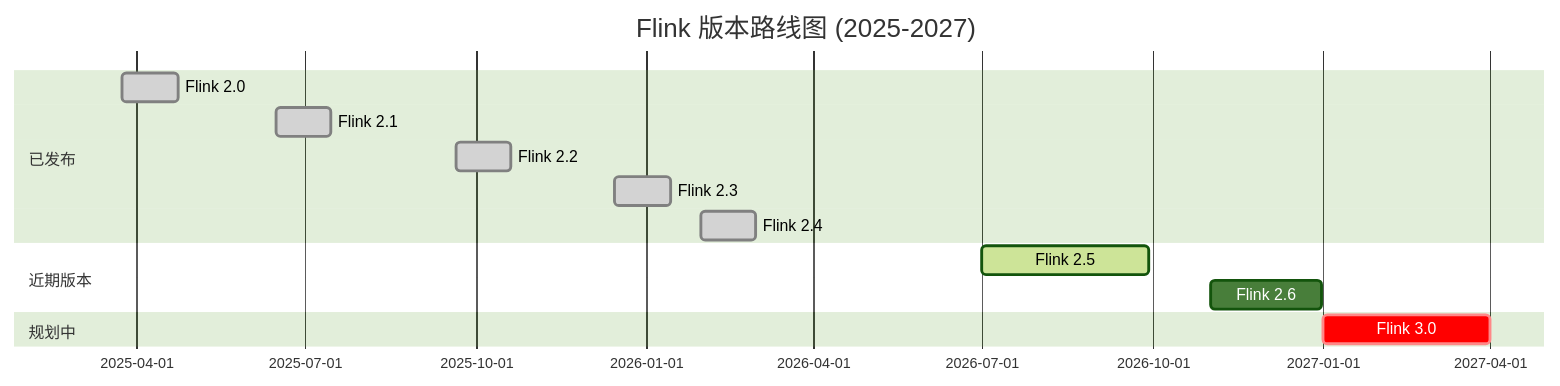
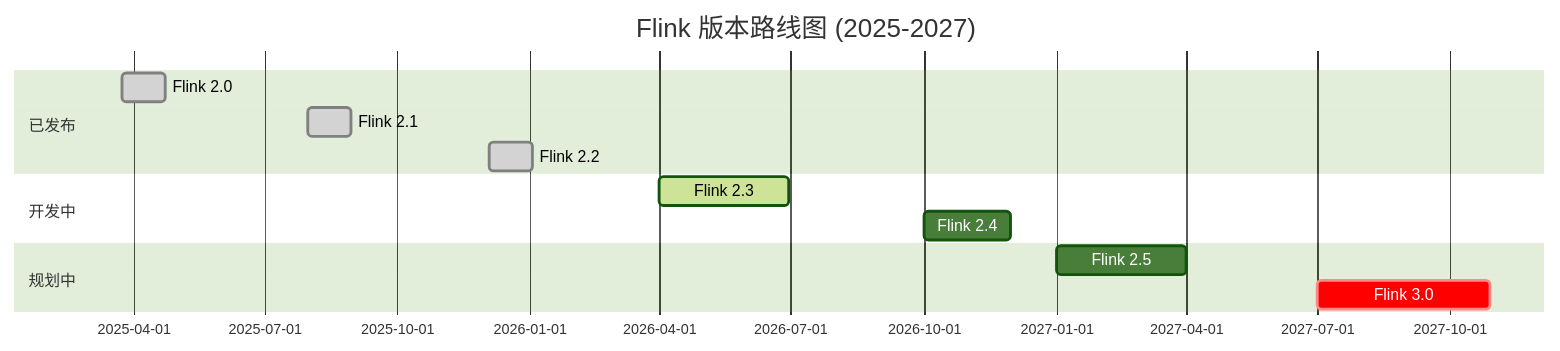
One commit to AdaMartin18010/AnalysisDataFlow changed the diagram in Flink/00-meta/version-tracking.md. Above: the diagram before and after it, drawn with Mermaid (forest theme). The commit also changed other lines of this file and 108 other files, not shown here.

````diff
--- a/Flink/00-meta/version-tracking.md
+++ b/Flink/00-meta/version-tracking.md
@@ -10,19 +14,18 @@
 ```mermaid
 gantt
     title Flink 版本路线图 (2025-2027)
     dateFormat  YYYY-MM-DD
 
     section 已发布
     Flink 2.0           :done, 2025-03-24, 30d
-    Flink 2.1           :done, 2025-06-15, 30d
-    Flink 2.2           :done, 2025-09-20, 30d
-    Flink 2.3           :done, 2025-12-15, 30d
-    Flink 2.4           :done, 2026-01-30, 30d
+    Flink 2.1           :done, 2025-07-31, 30d
+    Flink 2.2           :done, 2025-12-04, 30d
 
-    section 近期版本
-    Flink 2.5           :active, 2026-07-01, 90d
-    Flink 2.6           :2026-11-01, 60d
+    section 开发中
+    Flink 2.3           :active, 2026-04-01, 90d
+    Flink 2.4           :2026-10-01, 60d
 
     section 规划中
-    Flink 3.0           :crit, 2027-01-01, 90d
+    Flink 2.5           :2027-01-01, 90d
+    Flink 3.0           :crit, 2027-07-01, 120d
 ```
````
